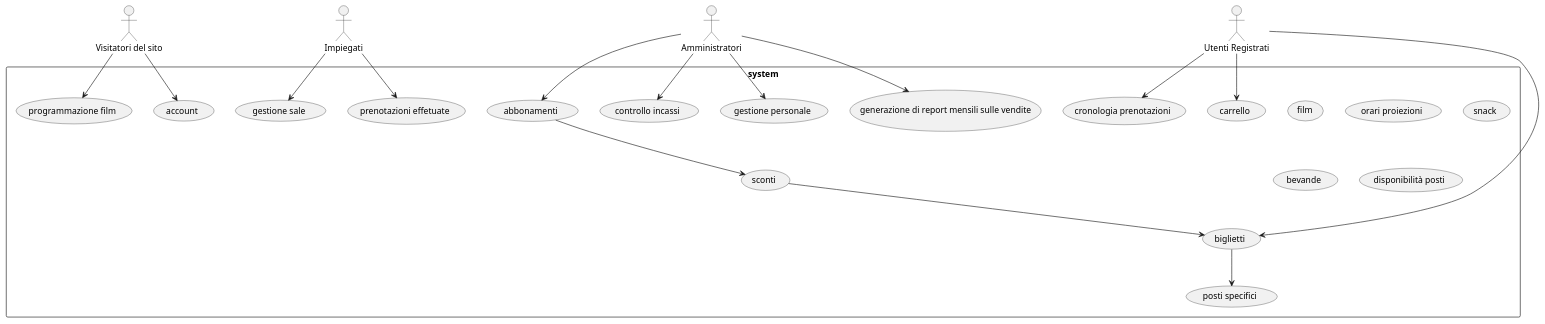
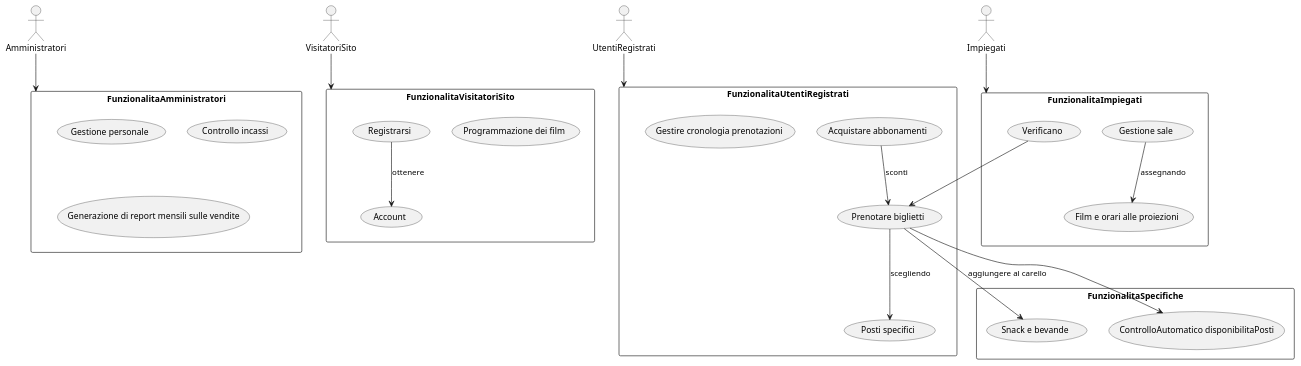
Before and after one commit to Francy-Coder/TPSI: the diagram in UML/Usecase Diagram/Esercizi/PrimiEsercizi/CinemaMultiSala.puml, drawn with PlantUML.

```diff
--- a/UML/Usecase Diagram/Esercizi/PrimiEsercizi/CinemaMultiSala.puml
+++ b/UML/Usecase Diagram/Esercizi/PrimiEsercizi/CinemaMultiSala.puml
@@ -1,54 +1,56 @@
 @startuml
-:Visitatori del sito: as a1
-:Utenti Registrati: as a2
+
+:VisitatoriSito: as a1
+:UtentiRegistrati: as a2
 :Impiegati: as a3
 :Amministratori: as a4
 
-rectangle system{
-  (programmazione film) as pf
-  (account) as ac
-
-  (biglietti) as bi
-  (posti specifici) as ps
-  (abbonamenti) as ab
-  (cronologia prenotazioni) as cp
-
-  (gestione sale) as ga
-  (film) as fi
-  (orari proiezioni) as ap
-  (prenotazioni effetuate) as pe
-
-  (gestione personale) as gp
-  (controllo incassi) as ci
-  (generazione di report mensili sulle vendite) as rm
+Rectangle FunzionalitaVisitatoriSito as r1{
+	(Programmazione dei film) as fv1
+	(Registrarsi) as fv2
+	(Account) as sfv2
 }
 
-rectangle system{
-  (snack) as sn
-  (bevande) as be
-  (carrello) as ca
+a1 --> r1 
+fv2 --> sfv2 : ottenere
 
-  (sconti) as sc
-
-  (disponibilità posti) as ds
+Rectangle FunzionalitaUtentiRegistrati as r2{
+	(Prenotare biglietti) as fu1
+	(Posti specifici) as sfu1
+	
+	(Acquistare abbonamenti) as fu2
+	(Gestire cronologia prenotazioni) as fu3
 }
 
-a1 --> pf
-a1 --> ac
+a2 --> r2
+fu1 --> sfu1 : scegliendo
+fu2 --> fu1 : sconti
 
-a2 --> bi
-a2 --> ca
-bi --> ps
-ab --> sc
-sc --> bi
-a2 --> cp
+Rectangle FunzionalitaImpiegati as r3{
+	(Gestione sale) as fi1
+	(Film e orari alle proiezioni) as sfi1
+	
+	(Verificano) as fi2
+}
 
-a3 --> ga
-a3 --> pe
+a3 --> r3
+fi1 --> sfi1 : assegnando
+fi2 --> fu1
 
-a4 --> gp
-a4 --> ci
-a4 --> rm
-a4 --> ab
+Rectangle FunzionalitaAmministratori as r4 {
+	(Gestione personale) as fa1
+	(Controllo incassi) as fa2
+	(Generazione di report mensili sulle vendite) as fa3
+}
+
+a4 --> r4
+
+Rectangle FunzionalitaSpecifiche as r5{
+	(Snack e bevande) as fs1
+	(ControlloAutomatico disponibilitaPosti) as fs2
+}
+
+fu1 --> fs1 : aggiungere al carello
+fu1 --> fs2
 
 @enduml
```
